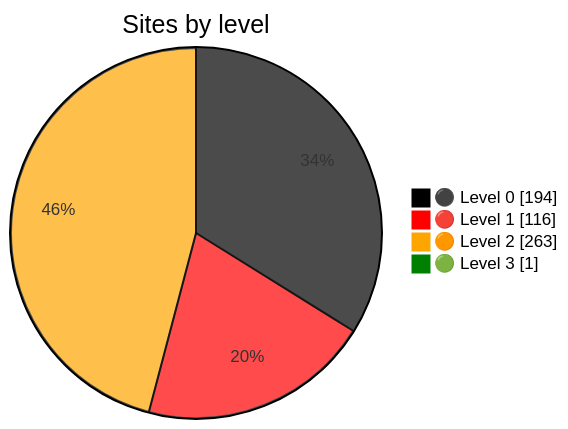
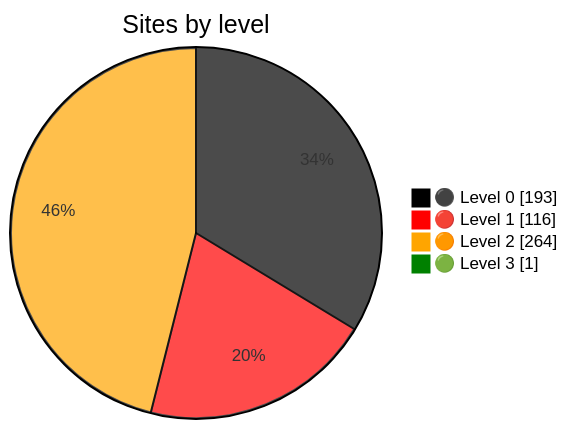
One commit to Dushmilan/gov_lk_web_auditor changed the diagram in README.md. Above: the diagram before and after it, drawn with Mermaid. The commit also changed other lines of this file and 2602 other files, not shown here.

````diff
--- a/README.md
+++ b/README.md
@@ -24,9 +24,9 @@
 ```mermaid
 %%{init: {"themeVariables":{"pie1":"black","pie2":"red","pie3":"orange","pie4":"green"}}}%%
 pie showData
     title Sites by level
-    "⚫ Level 0" : 194
+    "⚫ Level 0" : 193
     "🔴 Level 1" : 116
-    "🟠 Level 2" : 263
+    "🟠 Level 2" : 264
     "🟢 Level 3" : 1
 ```
````
